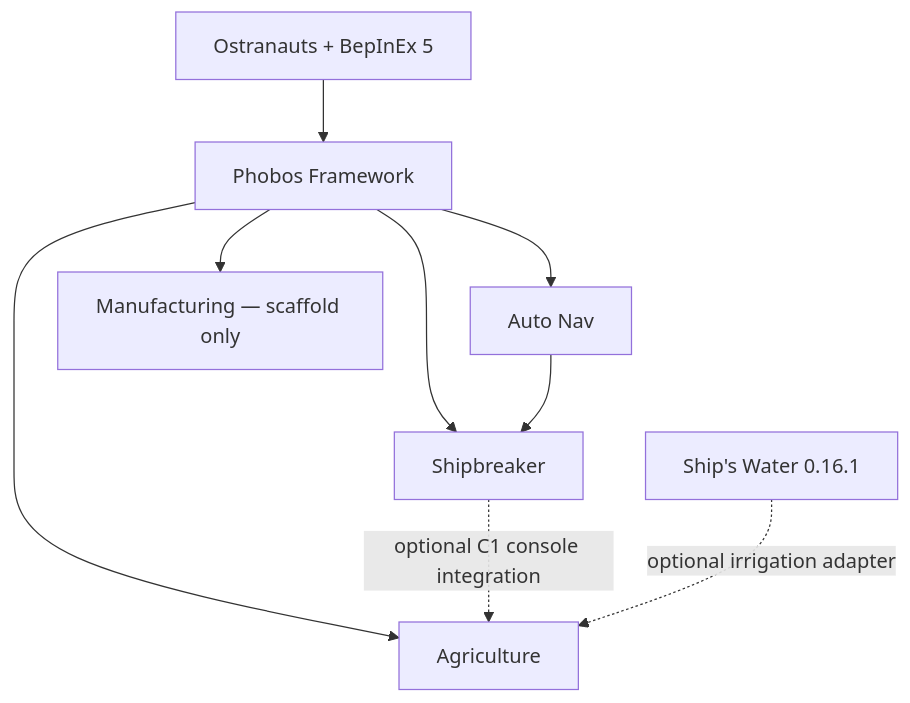
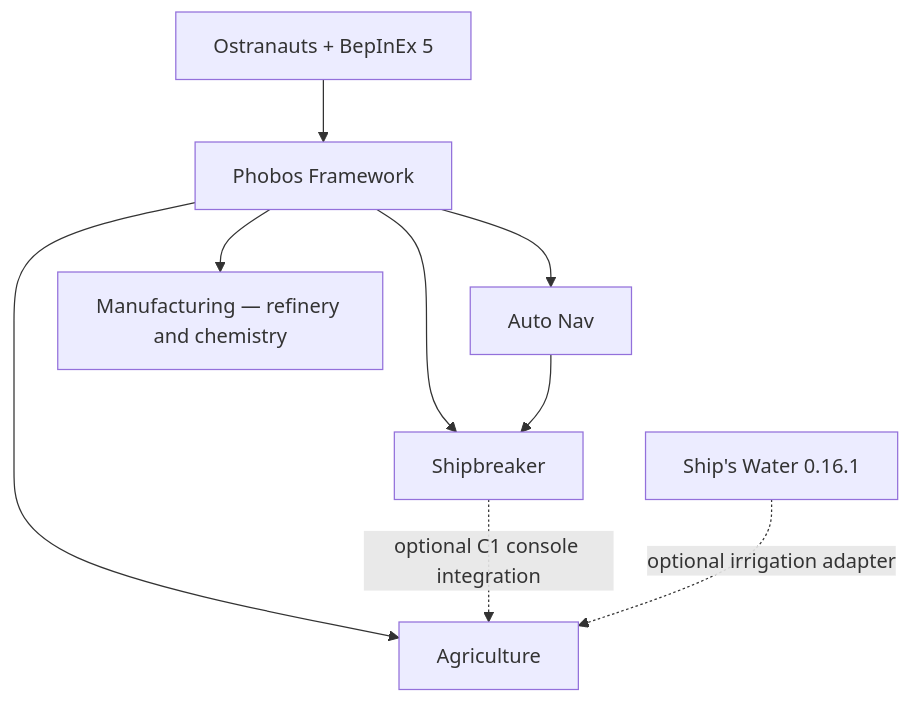
The diagram in README.md (phobos-dthorga/phobos-ostranauts), drawn with Mermaid before and after one commit. The commit also changed other lines of this file and 134 other files, not shown here.

````diff
--- a/README.md
+++ b/README.md
@@ -49,11 +49,11 @@
 ```mermaid
 flowchart TD
     Game["Ostranauts + BepInEx 5"] --> Framework["Phobos Framework"]
     Framework --> Shipbreaker["Shipbreaker"]
     Framework --> AutoNav["Auto Nav"]
     AutoNav --> Shipbreaker
     Framework --> Agriculture["Agriculture"]
-    Framework --> Manufacturing["Manufacturing — scaffold only"]
+    Framework --> Manufacturing["Manufacturing — refinery and chemistry"]
     Shipbreaker -. "optional C1 console integration" .-> Agriculture
     Water["Ship's Water 0.16.1"] -. "optional irrigation adapter" .-> Agriculture
 ```
````
